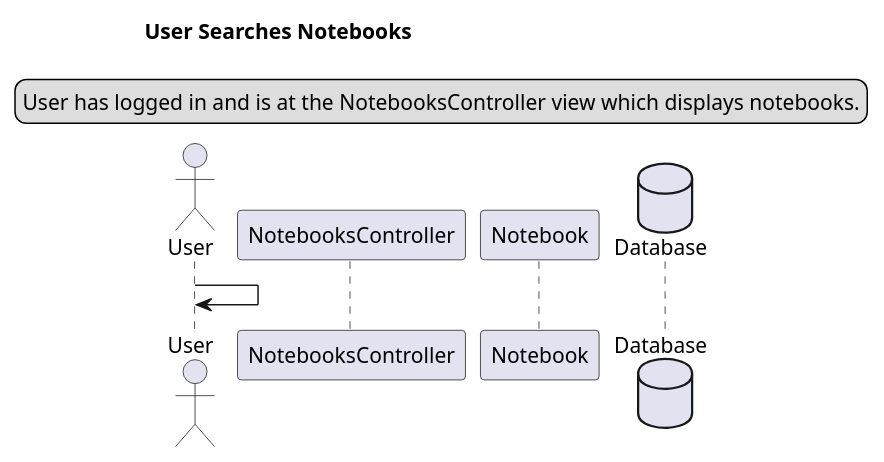
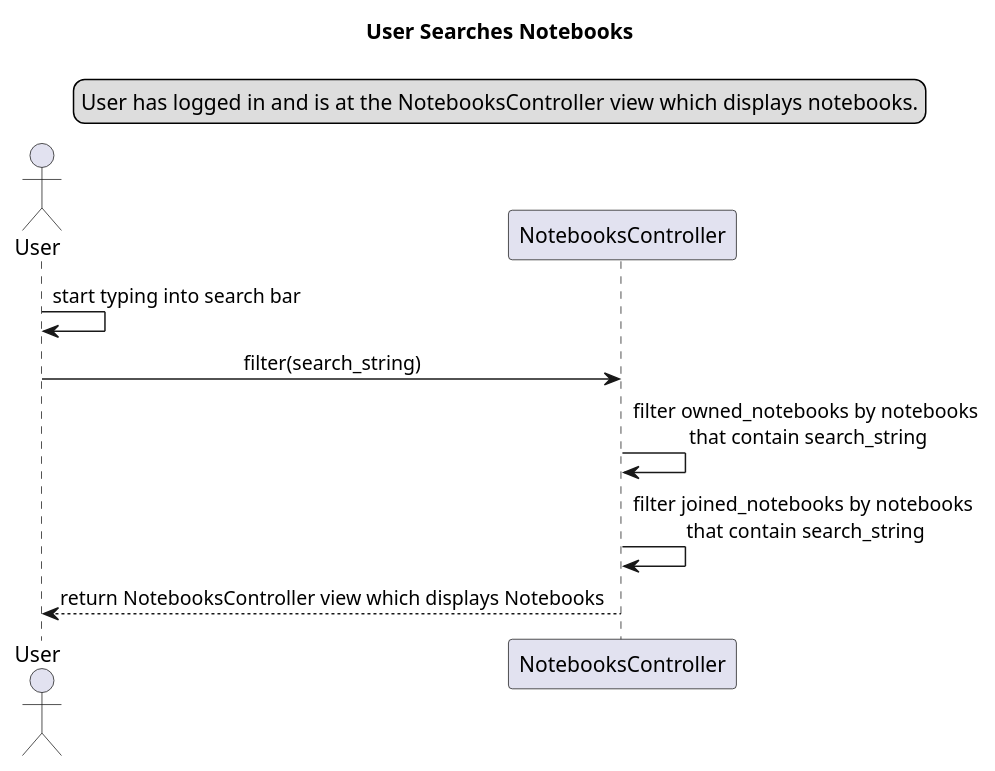
The diagram in docs/preliminary_design/search_notebooks_seq.plantuml (calebschoepp/canvasync), drawn with PlantUML before and after one commit. The commit also changed 3 other files, not shown here.

Commit message:
Finish sequence diagrams

```diff
--- a/docs/preliminary_design/search_notebooks_seq.plantuml
+++ b/docs/preliminary_design/search_notebooks_seq.plantuml
@@ -1,21 +1,17 @@
 @startuml User Searches Notebooks
 title User Searches Notebooks
 skinparam sequenceMessageAlign center
 legend top
 User has logged in and is at the NotebooksController view which displays notebooks.
 endlegend
 
 actor User as user
 participant NotebooksController as nc
-participant Notebook as n
-database Database as db
 
-user -> user :
-' user -> nc : show(notebook)
-' nc -> n : find(notebook_id)
-' n -> db : get notebook by id
-' db --> n : return notebook
-' n --> nc : return notebook
-' nc --> user : return Notebook view which displays a Notebook
+user -> user : start typing into search bar
+user -> nc : filter(search_string)
+nc -> nc : filter owned_notebooks by notebooks \nthat contain search_string
+nc -> nc : filter joined_notebooks by notebooks \nthat contain search_string
+nc --> user : return NotebooksController view which displays Notebooks
 
 @enduml
```
